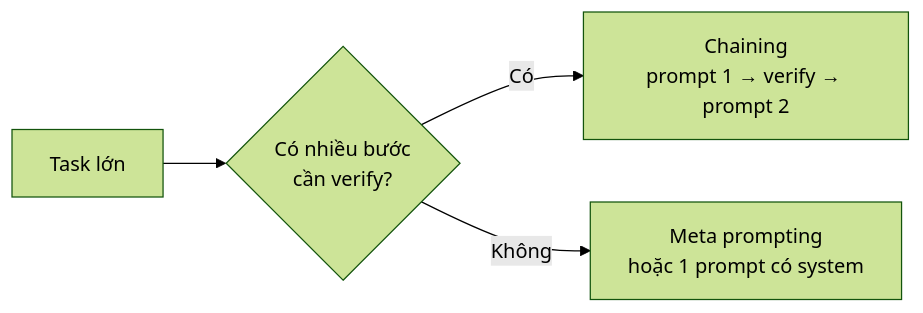
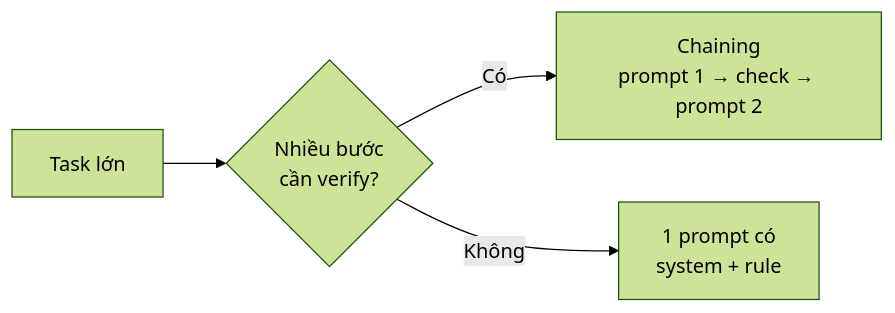
Before and after one commit to heino-labs/gen-ai-labs: the second of 4 diagrams in docs/curriculum/MODULE-03-prompt-context-rule.md, drawn with Mermaid (forest theme). The commit also changed other lines of this file and 10 other files, not shown here.

Commit message:
Refactor MODULE-09-capstone.md and README.md for clarity and structure; enhance narrative flow and emphasize evidence-based learning in AI testing curriculum.

````diff
--- a/docs/curriculum/MODULE-03-prompt-context-rule.md
+++ b/docs/curriculum/MODULE-03-prompt-context-rule.md
@@ -249,6 +72,6 @@
 ```mermaid
 flowchart LR
-    A["Task lớn"] --> C{"Có nhiều bước<br/>cần verify?"}
-    C -- Có --> CH["Chaining<br/>prompt 1 → verify → prompt 2"]
-    C -- Không --> M["Meta prompting<br/>hoặc 1 prompt có system"]
+    T["Task lớn"] --> Q{"Nhiều bước<br/>cần verify?"}
+    Q -- Có --> CH["Chaining<br/>prompt 1 → check → prompt 2"]
+    Q -- Không --> S["1 prompt có<br/>system + rule"]
 ```
````
